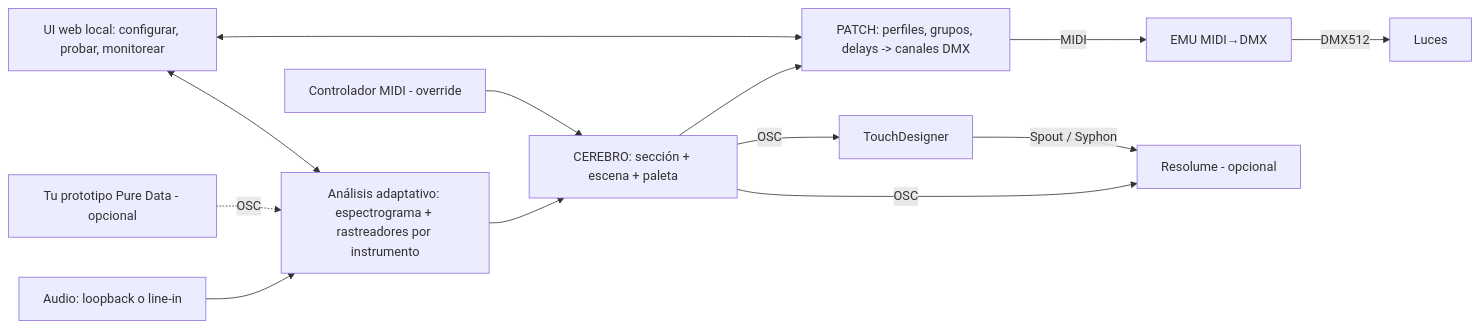
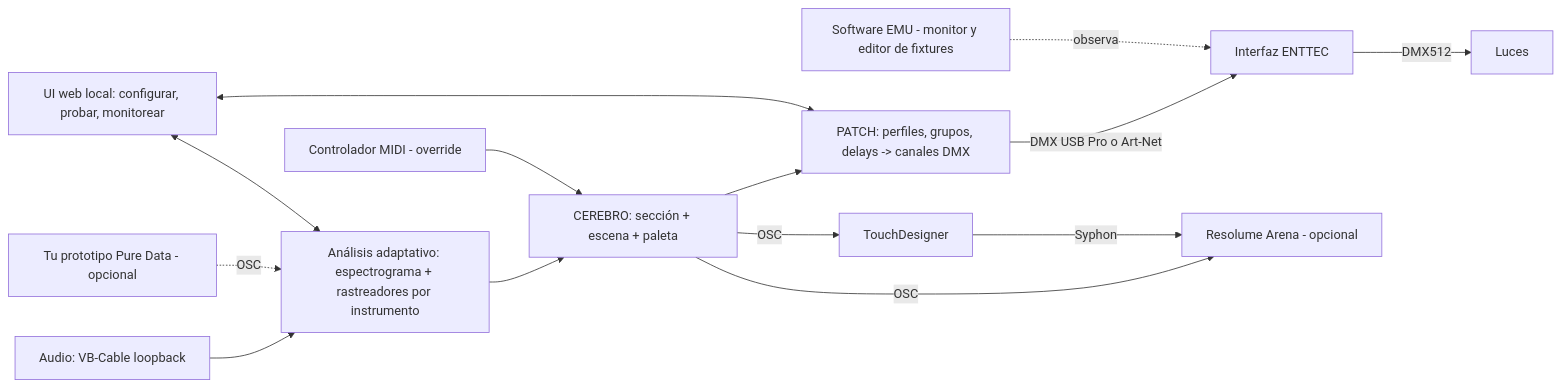
Before and after one commit to nicogarazzo/Dev: the diagram in docs/PLAN_MVP.md, drawn with Mermaid. The commit also changed other lines of this file and 8 other files, not shown here.

First line of the commit message:
Plan v3: DMX directo a la interfaz ENTTEC, EMU como monitor (#4)

````diff
--- a/docs/PLAN_MVP.md
+++ b/docs/PLAN_MVP.md
@@ -47,14 +53,15 @@
 ```mermaid
 flowchart LR
-  A[Audio: loopback o line-in] --> B[Análisis adaptativo: espectrograma + rastreadores por instrumento]
+  A[Audio: VB-Cable loopback] --> B[Análisis adaptativo: espectrograma + rastreadores por instrumento]
   PD[Tu prototipo Pure Data - opcional] -. OSC .-> B
   B --> C[CEREBRO: sección + escena + paleta]
   K[Controlador MIDI - override] --> C
   C --> P[PATCH: perfiles, grupos, delays -> canales DMX]
-  P -->|MIDI| E[EMU MIDI→DMX] -->|DMX512| L[Luces]
+  P -->|DMX USB Pro o Art-Net| E[Interfaz ENTTEC] -->|DMX512| L[Luces]
+  EMU[Software EMU - monitor y editor de fixtures] -. observa .-> E
   C -->|OSC| T[TouchDesigner]
-  C -->|OSC| R[Resolume - opcional]
-  T -->|Spout / Syphon| R
+  C -->|OSC| R[Resolume Arena - opcional]
+  T -->|Syphon| R
   U[UI web local: configurar, probar, monitorear] <--> P
   U <--> B
 ```
````
